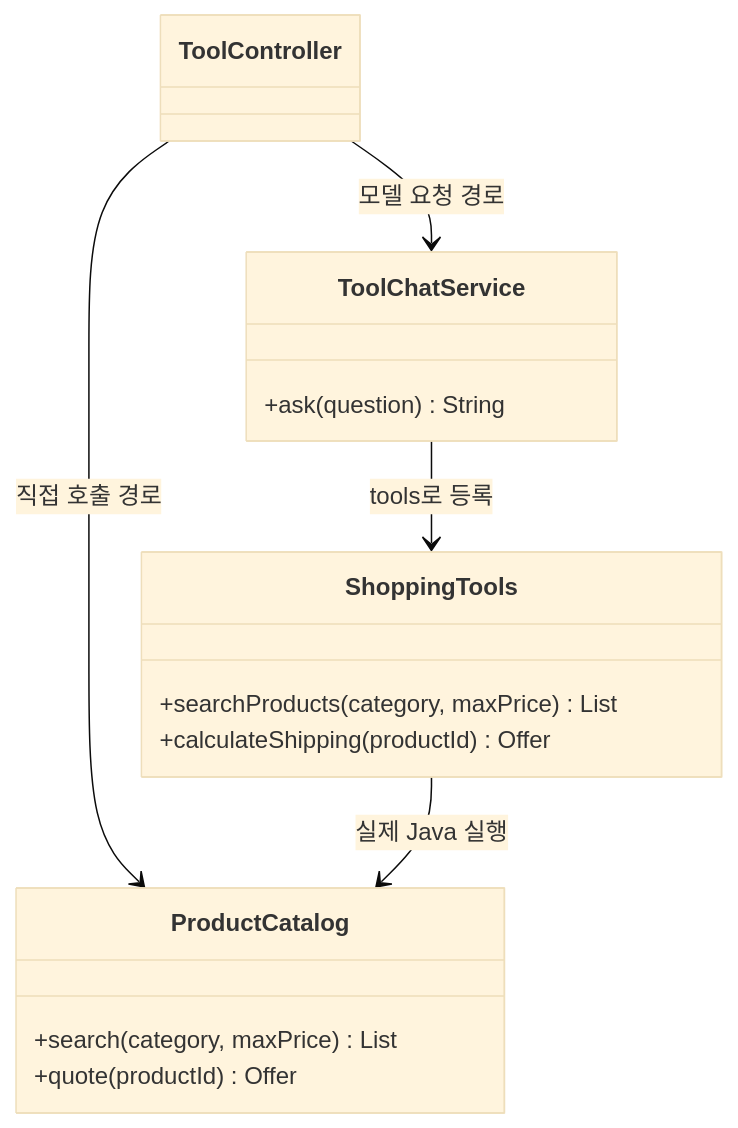
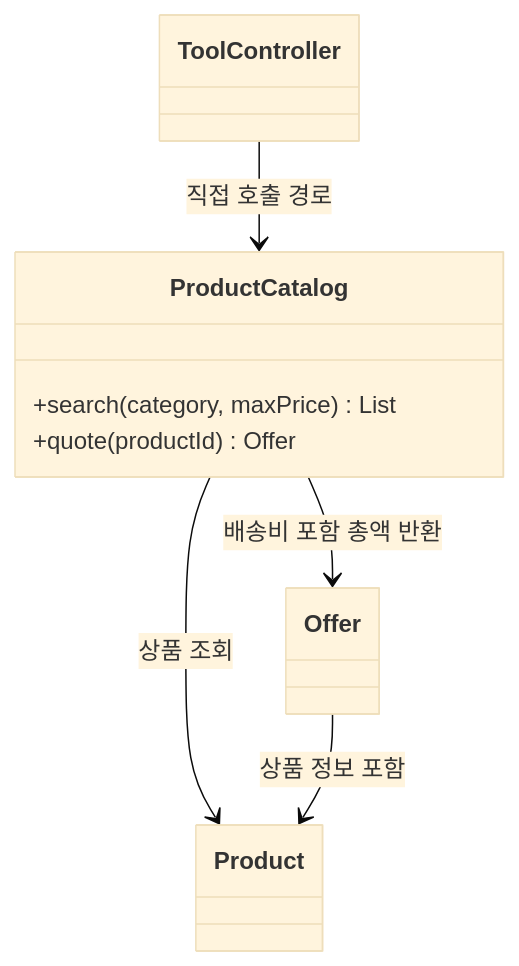
The diagram in Spring-AI-Agent-Learning/docs/lessons/05-tool-calling/01-java.md (Justin-ad-Park/SpringShoppingAI), drawn with Mermaid (base theme) before and after one commit. The commit also changed other lines of this file and 47 other files, not shown here.

````diff
--- a/Spring-AI-Agent-Learning/docs/lessons/05-tool-calling/01-java.md
+++ b/Spring-AI-Agent-Learning/docs/lessons/05-tool-calling/01-java.md
@@ -33,19 +30,14 @@
 ```mermaid
 classDiagram
     class ToolController
-    class ToolChatService {
-        +ask(question) String
-    }
-    class ShoppingTools {
-        +searchProducts(category, maxPrice) List
-        +calculateShipping(productId) Offer
-    }
     class ProductCatalog {
         +search(category, maxPrice) List
         +quote(productId) Offer
     }
+    class Product
+    class Offer
     ToolController --> ProductCatalog : 직접 호출 경로
-    ToolController --> ToolChatService : 모델 요청 경로
-    ToolChatService --> ShoppingTools : tools로 등록
-    ShoppingTools --> ProductCatalog : 실제 Java 실행
+    ProductCatalog --> Product : 상품 조회
+    ProductCatalog --> Offer : 배송비 포함 총액 반환
+    Offer --> Product : 상품 정보 포함
 ```
````
